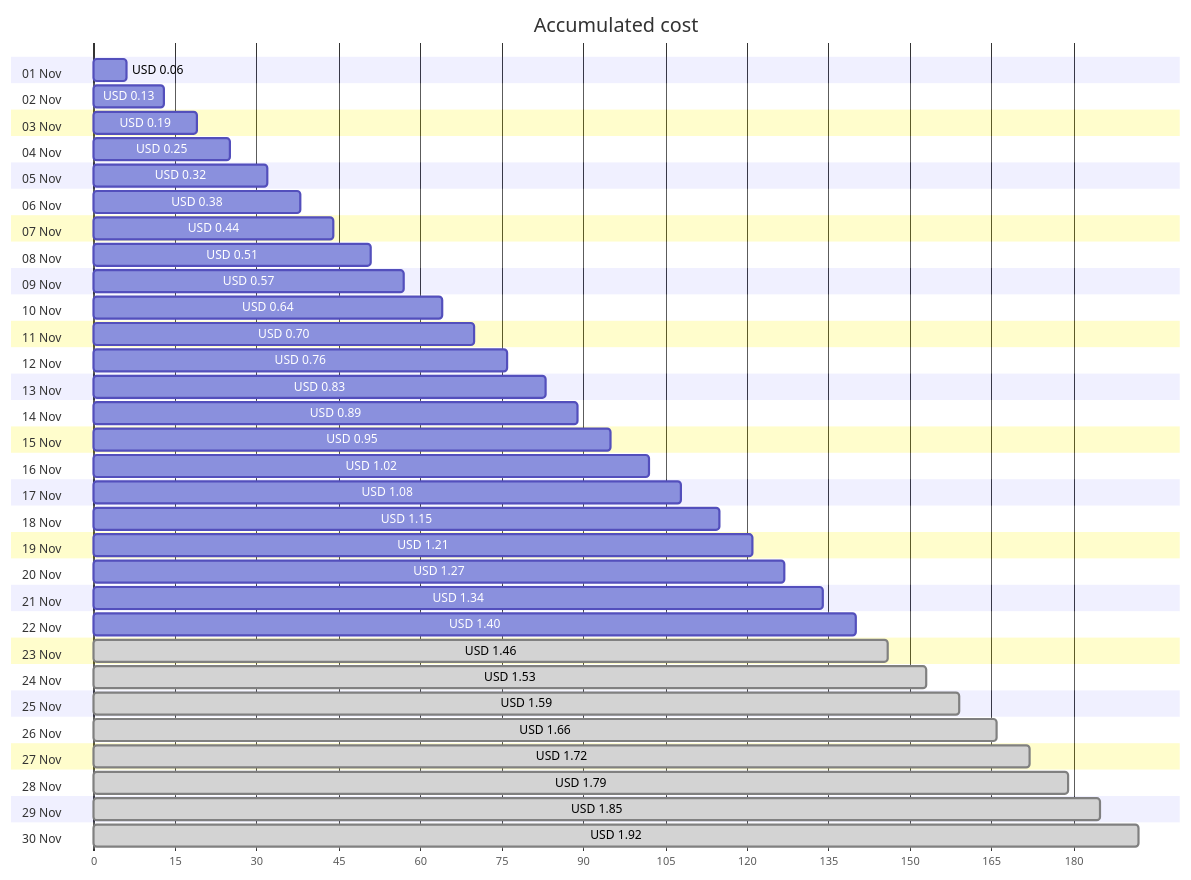
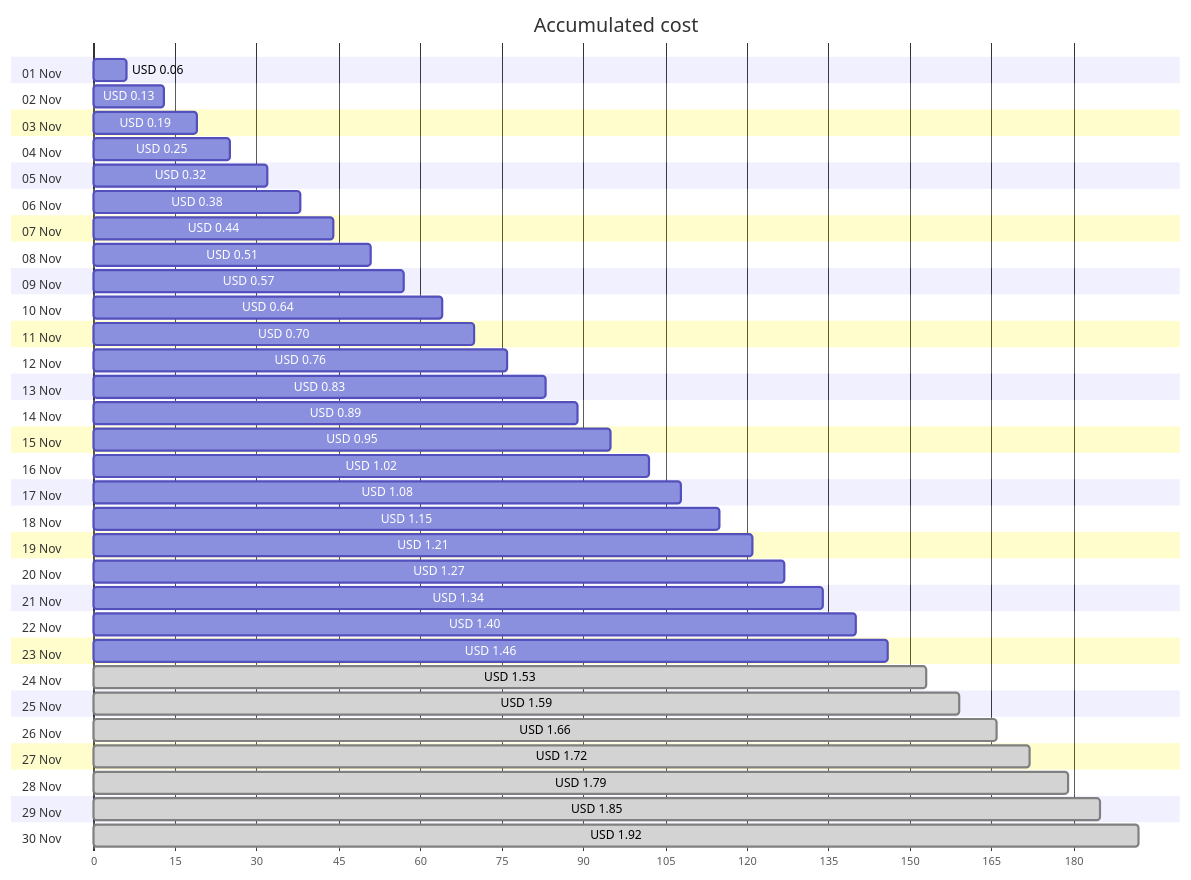
Before and after one commit to jpfulton/azure-personal-reports: the first of 4 diagrams in cost-reports/personal-network/vpn-server_OsDisk.md, drawn with Mermaid. The commit also changed other lines of this file and 8 other files, not shown here.

````diff
--- a/cost-reports/personal-network/vpn-server_OsDisk.md
+++ b/cost-reports/personal-network/vpn-server_OsDisk.md
@@ -20,66 +20,66 @@
 ```mermaid
 gantt
    title Accumulated cost
    dateFormat  X
    axisFormat %s
    section 01 Nov
    USD 0.06 :0, 6
    section 02 Nov
    USD 0.13 :0, 13
    section 03 Nov
    USD 0.19 :0, 19
    section 04 Nov
    USD 0.25 :0, 25
    section 05 Nov
    USD 0.32 :0, 32
    section 06 Nov
    USD 0.38 :0, 38
    section 07 Nov
    USD 0.44 :0, 44
    section 08 Nov
    USD 0.51 :0, 51
    section 09 Nov
    USD 0.57 :0, 57
    section 10 Nov
    USD 0.64 :0, 64
    section 11 Nov
    USD 0.70 :0, 70
    section 12 Nov
    USD 0.76 :0, 76
    section 13 Nov
    USD 0.83 :0, 83
    section 14 Nov
    USD 0.89 :0, 89
    section 15 Nov
    USD 0.95 :0, 95
    section 16 Nov
    USD 1.02 :0, 102
    section 17 Nov
    USD 1.08 :0, 108
    section 18 Nov
    USD 1.15 :0, 115
    section 19 Nov
    USD 1.21 :0, 121
    section 20 Nov
    USD 1.27 :0, 127
    section 21 Nov
    USD 1.34 :0, 134
    section 22 Nov
    USD 1.40 :0, 140
    section 23 Nov
-   USD 1.46 : done, 0, 146
+   USD 1.46 :0, 146
    section 24 Nov
    USD 1.53 : done, 0, 153
    section 25 Nov
    USD 1.59 : done, 0, 159
    section 26 Nov
    USD 1.66 : done, 0, 166
    section 27 Nov
    USD 1.72 : done, 0, 172
    section 28 Nov
    USD 1.79 : done, 0, 179
    section 29 Nov
    USD 1.85 : done, 0, 185
    section 30 Nov
    USD 1.92 : done, 0, 192
 ```
````
